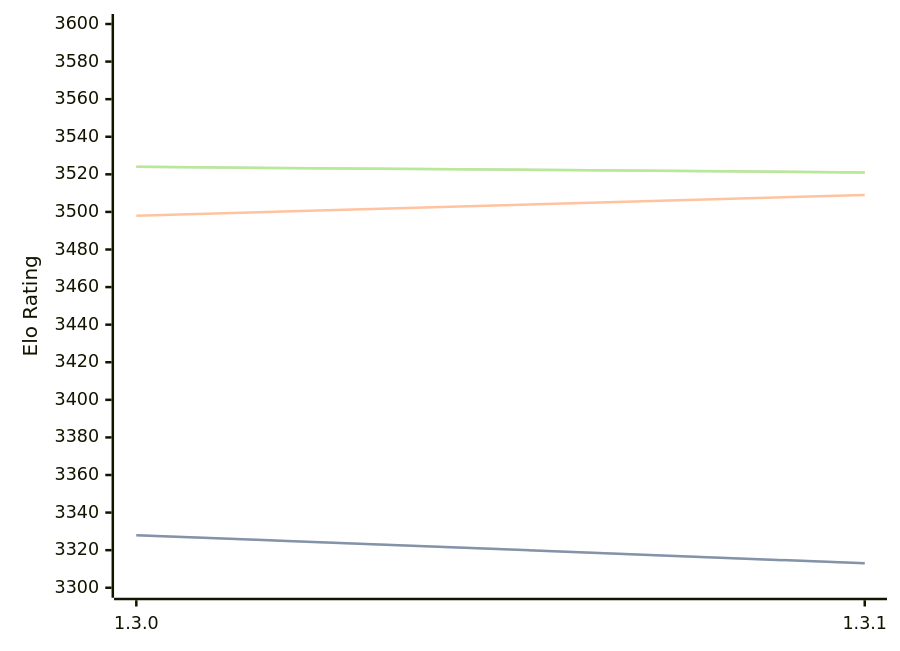
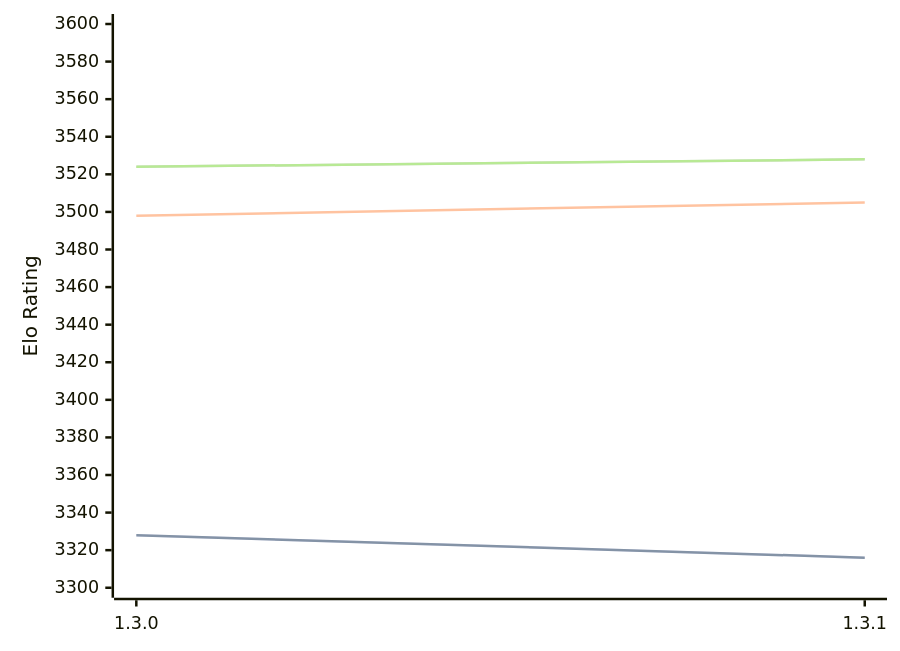
One commit to computer-chess-index/cci changed the third of 3 diagrams in engines/Renegade.md. Above: the diagram before and after it, drawn with Mermaid. The commit also changed other lines of this file, not shown here.

Commit message:
Update CCI Ratings (ELO VLTC) - 2026-07-18

````diff
--- a/engines/Renegade.md
+++ b/engines/Renegade.md
@@ -75,11 +75,11 @@
 ```mermaid
 %%{init: {"theme":"base","themeVariables":{"seriesColors:['#a3a3a3','#222221','#faa371']}}}%%
 xychart-beta
   x-axis ["1.3.0", "1.3.1"]
   y-axis "Elo Rating" 3300 --> 3600
-  line "STC (8.0+0.08s)" [3328, 3313]
-  line "STC (8.0+0.08s)" [3328, 3313]
-  line "LTC (60.0+0.60s)" [3498, 3509]
-  line "VLTC (2m24s+1.12s)" [3524, 3521]
-  line "VLTC (2m24s+1.12s)" [3524, 3521]
+  line "STC (8.0+0.08s)" [3328, 3316]
+  line "STC (8.0+0.08s)" [3328, 3316]
+  line "LTC (60.0+0.60s)" [3498, 3505]
+  line "VLTC (2m24s+1.12s)" [3524, 3528]
+  line "VLTC (2m24s+1.12s)" [3524, 3528]
 ```
````
